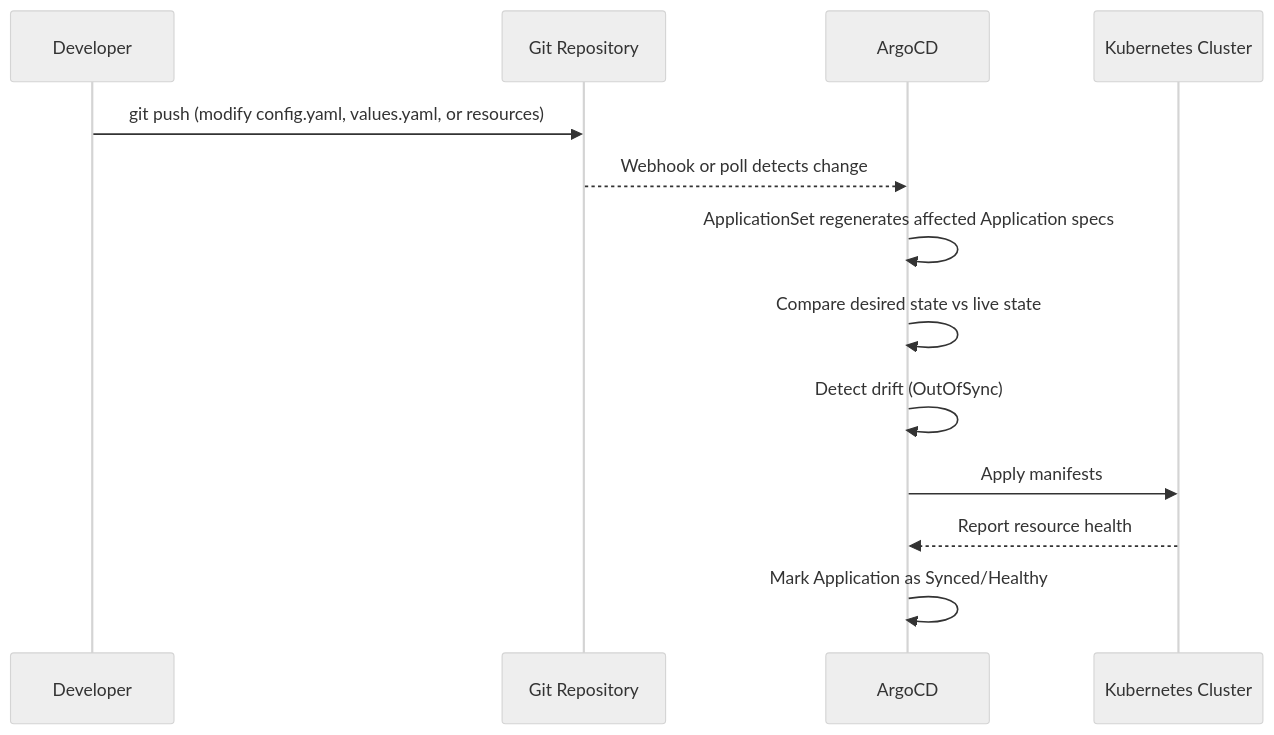
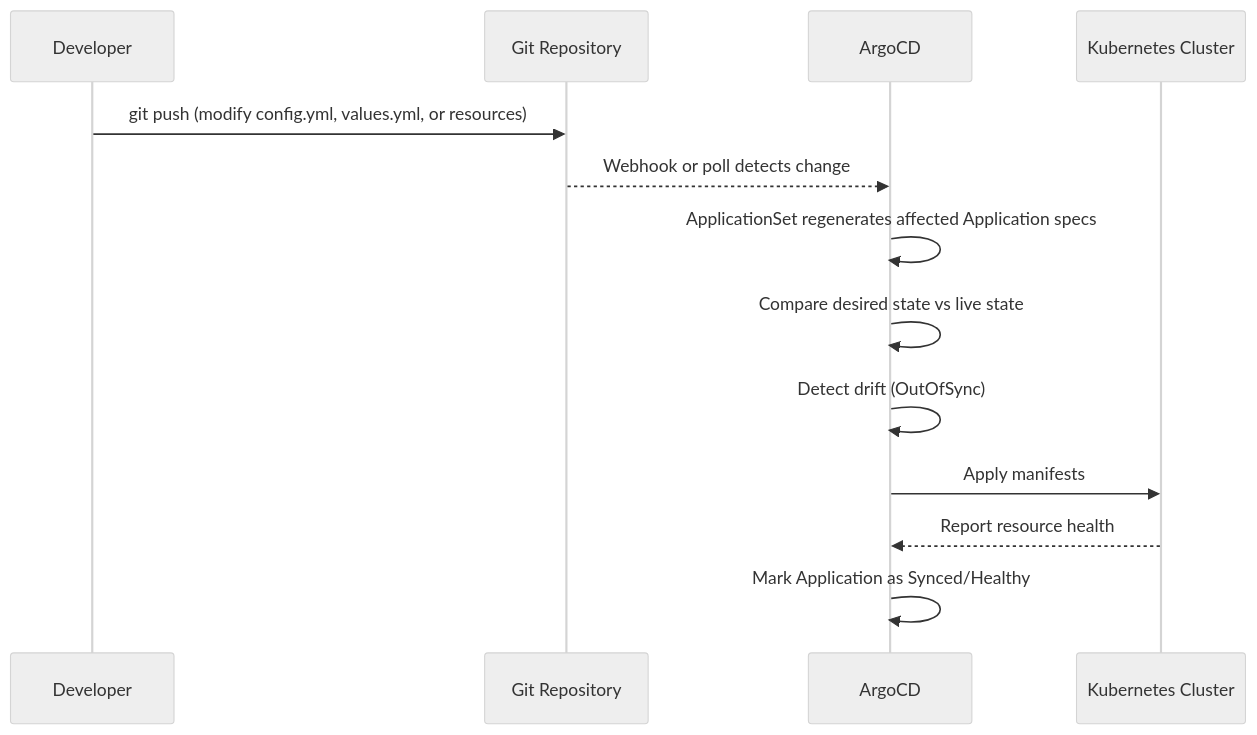
Before and after one commit to kyleseneker/homelab: the second of 2 diagrams in docs/architecture/gitops.md, drawn with Mermaid (neutral theme). The commit also changed other lines of this file and 33 other files, not shown here.

Commit message:
docs(roadmap): mark jellyfin config-as-code covered by the operator

````diff
--- a/docs/architecture/gitops.md
+++ b/docs/architecture/gitops.md
@@ -78,16 +78,16 @@
 ```mermaid
 sequenceDiagram
     participant dev as Developer
     participant git as Git Repository
     participant argo as ArgoCD
     participant cluster as Kubernetes Cluster
 
-    dev->>git: git push (modify config.yaml, values.yaml, or resources)
+    dev->>git: git push (modify config.yml, values.yml, or resources)
     git-->>argo: Webhook or poll detects change
     argo->>argo: ApplicationSet regenerates affected Application specs
     argo->>argo: Compare desired state vs live state
     argo->>argo: Detect drift (OutOfSync)
     argo->>cluster: Apply manifests
     cluster-->>argo: Report resource health
     argo->>argo: Mark Application as Synced/Healthy
 ```
````
